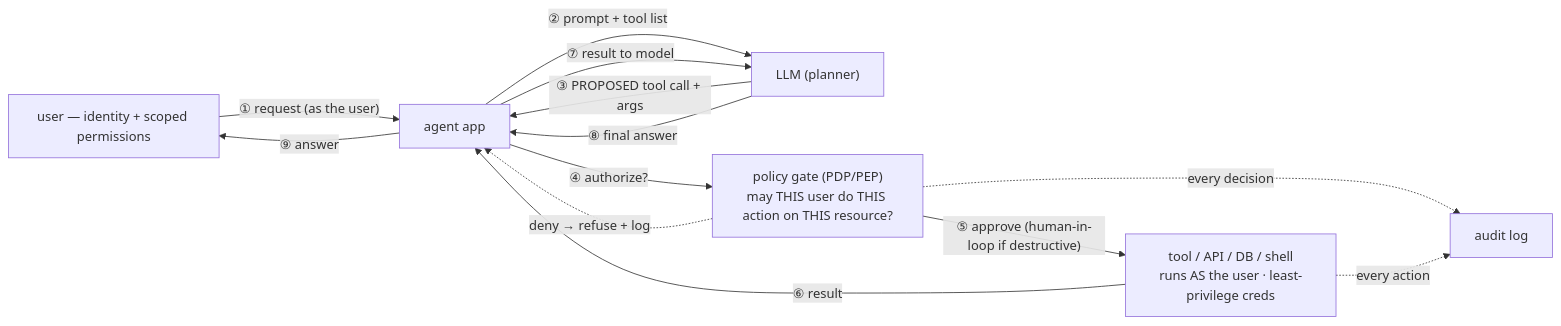
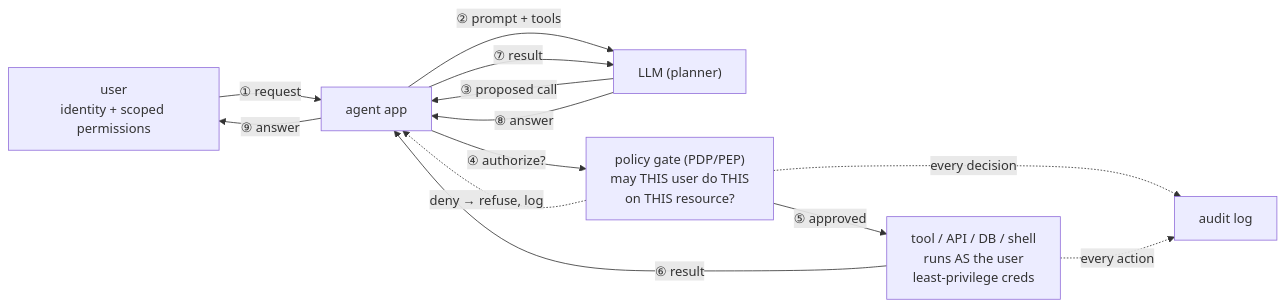
One commit to ryayres-fox/Security changed the ninth of 11 diagrams in lab-journal/rag-and-ai-probe.md. Above: the diagram before and after it, drawn with Mermaid. The commit also changed other lines of this file and 5 other files, not shown here.

First line of the commit message:
Lab journal: legible diagrams, and the agentic-services page (#90)

````diff
--- a/lab-journal/rag-and-ai-probe.md
+++ b/lab-journal/rag-and-ai-probe.md
@@ -443,15 +440,15 @@
 ```mermaid
 graph LR
-  U["user — identity + scoped permissions"] -->|"① request (as the user)"| APP["agent app"]
-  APP -->|"② prompt + tool list"| M["LLM (planner)"]
-  M -->|"③ PROPOSED tool call + args"| APP
-  APP -->|"④ authorize?"| PDP["policy gate (PDP/PEP)<br/>may THIS user do THIS action on THIS resource?"]
-  PDP -. "deny → refuse + log" .-> APP
-  PDP -->|"⑤ approve (human-in-loop if destructive)"| TOOL["tool / API / DB / shell<br/>runs AS the user · least-privilege creds"]
+  U["user<br/>identity + scoped permissions"] -->|"① request"| APP["agent app"]
+  APP -->|"② prompt + tools"| M["LLM (planner)"]
+  M -->|"③ proposed call"| APP
+  APP -->|"④ authorize?"| PDP["policy gate (PDP/PEP)<br/>may THIS user do THIS<br/>on THIS resource?"]
+  PDP -. "deny → refuse, log" .-> APP
+  PDP -->|"⑤ approved"| TOOL["tool / API / DB / shell<br/>runs AS the user<br/>least-privilege creds"]
   TOOL -->|"⑥ result"| APP
-  APP -->|"⑦ result to model"| M
-  M -->|"⑧ final answer"| APP
+  APP -->|"⑦ result"| M
+  M -->|"⑧ answer"| APP
   APP -->|"⑨ answer"| U
-  PDP -.->|every decision| AUD["audit log"]
-  TOOL -.->|every action| AUD
+  PDP -.->|"every decision"| AUD["audit log"]
+  TOOL -.->|"every action"| AUD
 ```
````
